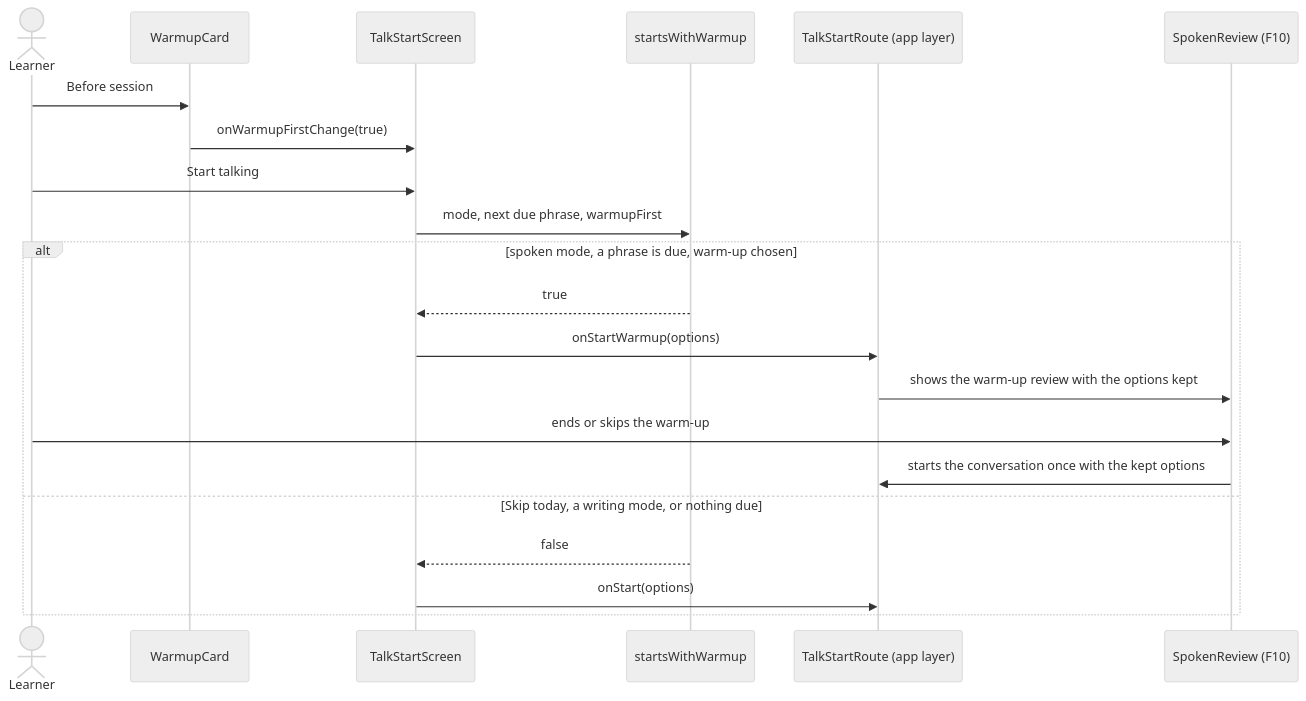
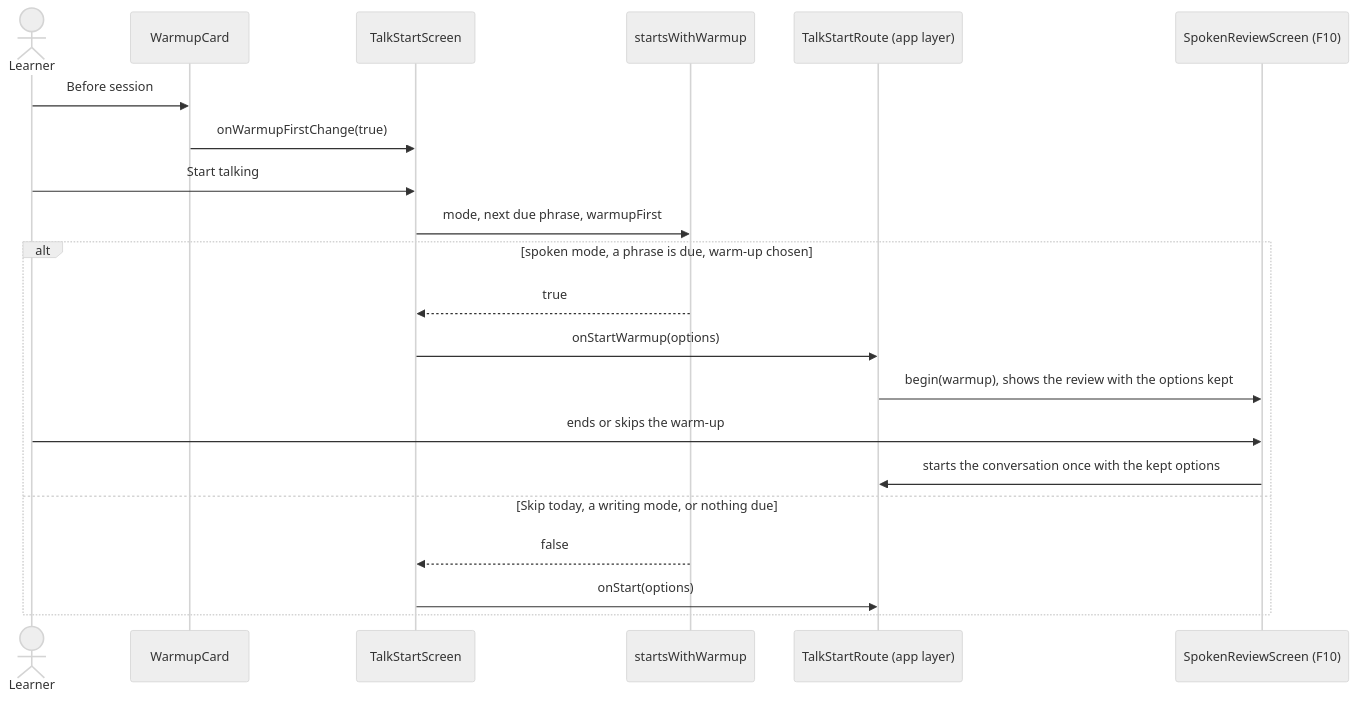
Before and after one commit to oleksii-latyshev/english-trainer: the first of 2 diagrams in src/features/review-warmup/flow.md, drawn with Mermaid (neutral theme). The commit also changed other lines of this file and 263 other files, not shown here.

First line of the commit message:
refactor(memory): spoken review in the target architecture and glass design (#69)

````diff
--- a/src/features/review-warmup/flow.md
+++ b/src/features/review-warmup/flow.md
@@ -9,24 +9,24 @@
 ```mermaid
 sequenceDiagram
     actor Learner
     participant Card as WarmupCard
     participant Screen as TalkStartScreen
     participant Rule as startsWithWarmup
     participant App as TalkStartRoute (app layer)
-    participant Review as SpokenReview (F10)
+    participant Review as SpokenReviewScreen (F10)
 
     Learner->>Card: Before session
     Card->>Screen: onWarmupFirstChange(true)
     Learner->>Screen: Start talking
     Screen->>Rule: mode, next due phrase, warmupFirst
     alt spoken mode, a phrase is due, warm-up chosen
         Rule-->>Screen: true
         Screen->>App: onStartWarmup(options)
-        App->>Review: shows the warm-up review with the options kept
+        App->>Review: begin(warmup), shows the review with the options kept
         Learner->>Review: ends or skips the warm-up
         Review->>App: starts the conversation once with the kept options
     else Skip today, a writing mode, or nothing due
         Rule-->>Screen: false
         Screen->>App: onStart(options)
     end
 ```
````
